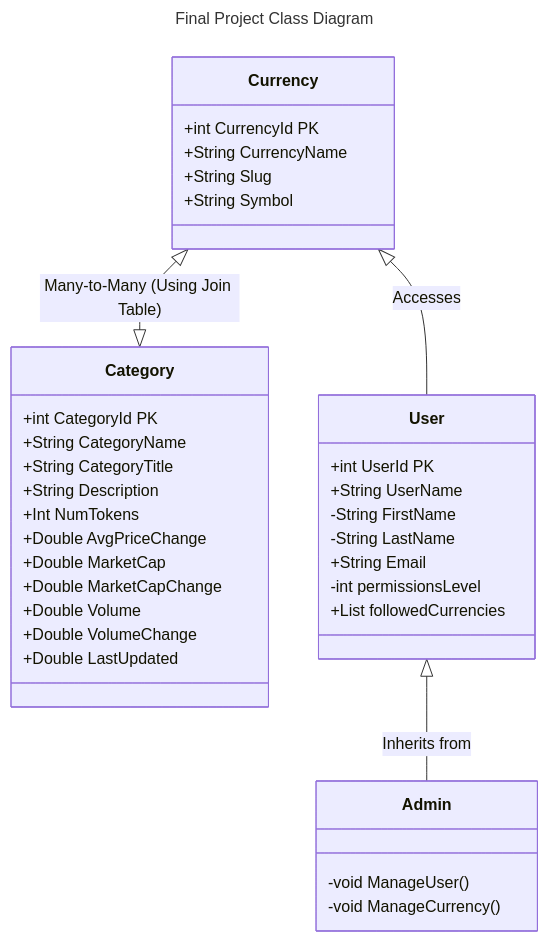
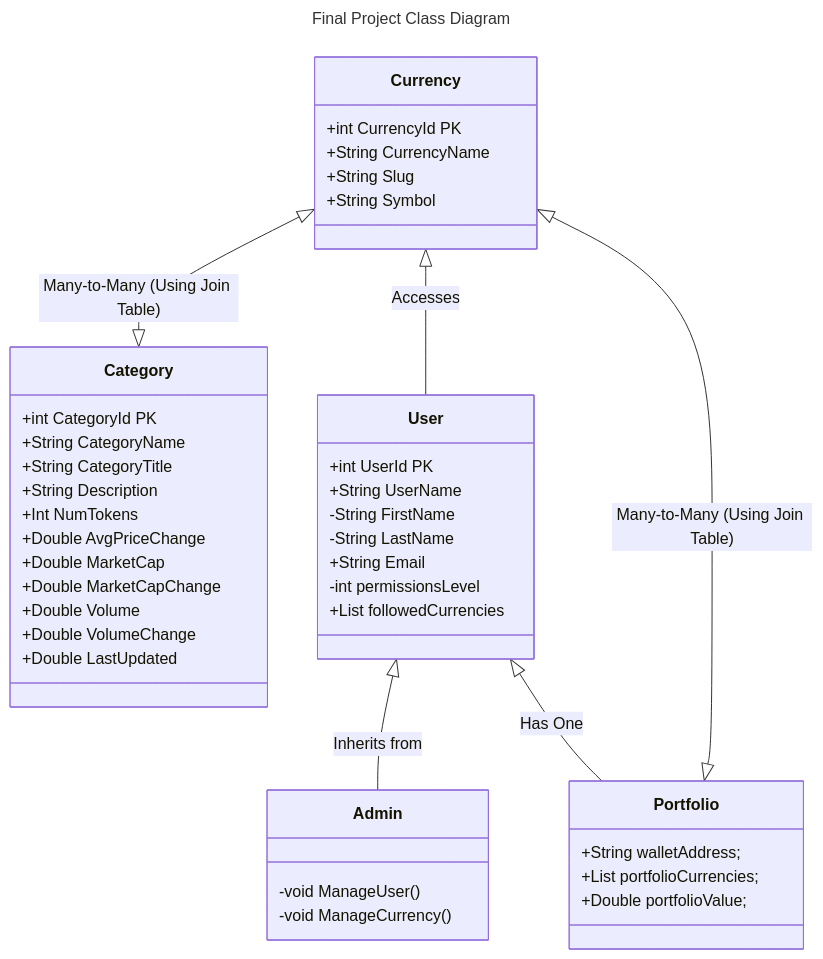
Before and after one commit to GrantRynders/ASPdemo: the diagram in README.md, drawn with Mermaid.

Commit message:
Update README.md mermaid

````diff
--- a/README.md
+++ b/README.md
@@ -1,41 +1,48 @@
 ```mermaid
 ---
 title: Final Project Class Diagram
 ---
 classDiagram
     Currency <|--|> Category : Many-to-Many (Using Join Table)
     Currency <|-- User : Accesses
     User <|-- Admin : Inherits from
+    User <|-- Portfolio : Has One
+    Currency <|--|> Portfolio : Many-to-Many (Using Join Table)
     class Currency{
         +int CurrencyId PK
         +String CurrencyName
         +String Slug
         +String Symbol
     }
     class Category{
         +int CategoryId PK
         +String CategoryName
         +String CategoryTitle
         +String Description
         +Int NumTokens
         +Double AvgPriceChange
         +Double MarketCap
         +Double MarketCapChange
         +Double Volume
         +Double VolumeChange
         +Double LastUpdated
     }
+    class Portfolio{
+        +String walletAddress;
+        +List<Currency> portfolioCurrencies;
+        +Double portfolioValue;
+    }
     class User{
         +int UserId PK
         +String UserName
         -String FirstName
         -String LastName
         +String Email
         -int permissionsLevel
         +List<Currency> followedCurrencies
     }
     class Admin{
         -void ManageUser()
         -void ManageCurrency()
     }
 ```
````
